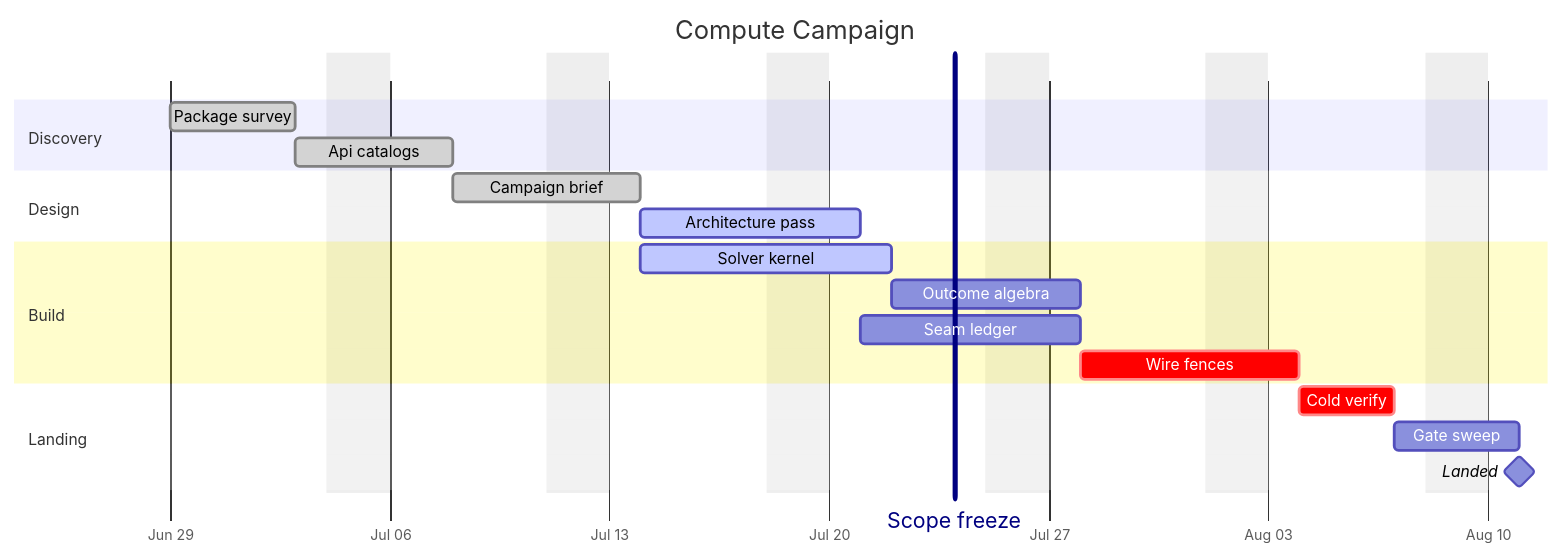
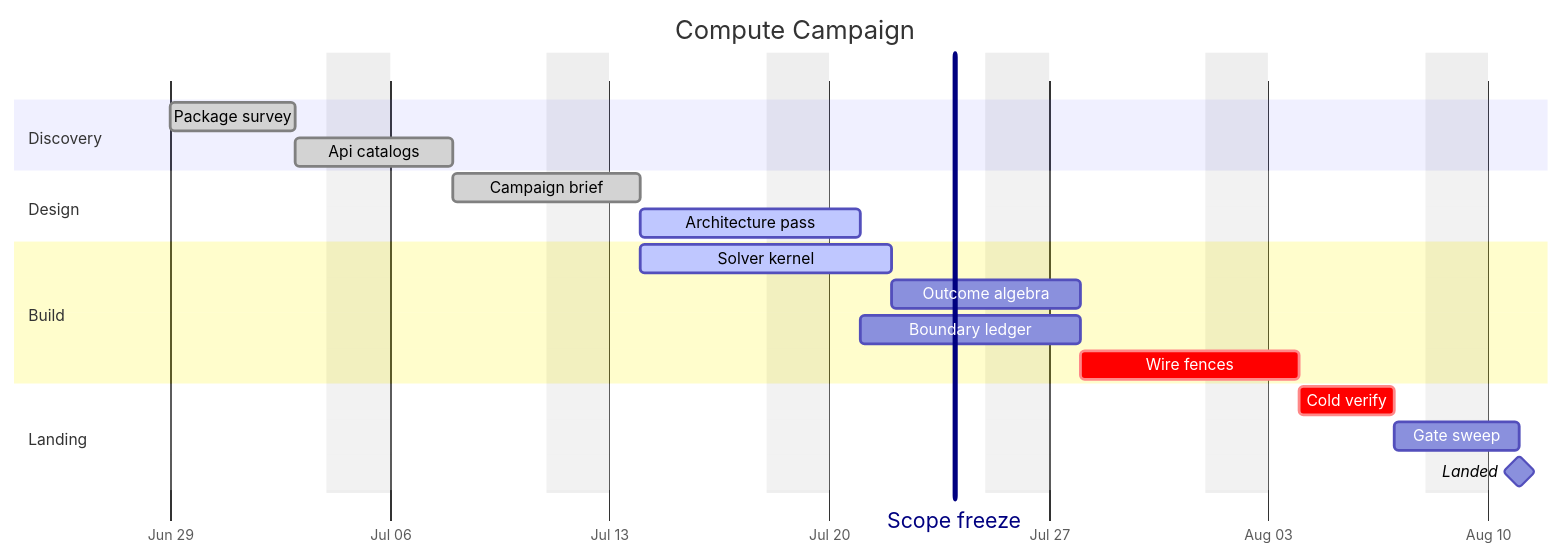
Before and after one commit to bsamiee/Rasm: the diagram in .claude/skills/mermaid-diagramming/templates/schedule.mmd.md, drawn with Mermaid. The commit also changed 1997 other files, not shown here.

First line of the commit message:
docs: rename rail to result and seam to boundary across the corpus

````diff
--- a/.claude/skills/mermaid-diagramming/templates/schedule.mmd.md
+++ b/.claude/skills/mermaid-diagramming/templates/schedule.mmd.md
@@ -5,37 +5,37 @@
 ```mermaid
 ---
 config:
   gantt:
     barHeight: 20
     barGap: 5
     topPadding: 70
     leftPadding: 110
     rightPadding: 40
     gridLineStartPadding: 35
 ---
 gantt
   accTitle: Compute campaign schedule
-  accDescr: A six-week compute campaign from survey and brief through parallel kernel and seam workstreams, gated by a scope freeze, converging on a verified landing milestone.
+  accDescr: A six-week compute campaign from survey and brief through parallel kernel and boundary workstreams, gated by a scope freeze, converging on a verified landing milestone.
   title Compute Campaign
   dateFormat YYYY-MM-DD
   axisFormat %b %d
   tickInterval 1week
   weekday monday
   excludes weekends
   section Discovery
   Package survey :done, d1, 2026-06-29, 4d
   Api catalogs :done, d2, after d1, 3d
   section Design
   Campaign brief :done, b1, after d2, 4d
   Architecture pass :active, b2, after b1, 5d
   Scope freeze :vert, v1, 2026-07-24, 0d
   section Build
   Solver kernel :active, k1, after b1, 6d
   Outcome algebra :k2, after k1, 4d
-  Seam ledger :s1, after b2, 5d
+  Boundary ledger :s1, after b2, 5d
   Wire fences :crit, s2, after s1, 5d
   section Landing
   Cold verify :crit, l1, after k2 s2, 3d
   Gate sweep :l2, after l1, 2d
   Landed :milestone, m1, after l2, 0d
 ```
````
